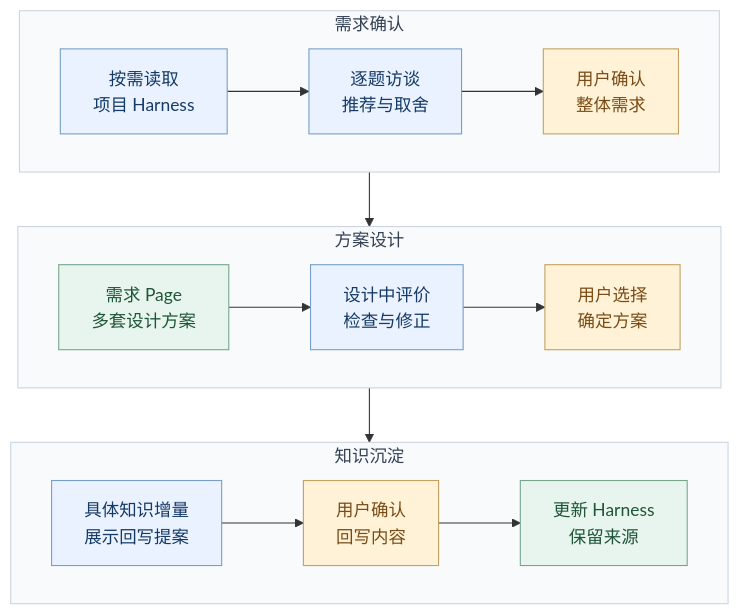
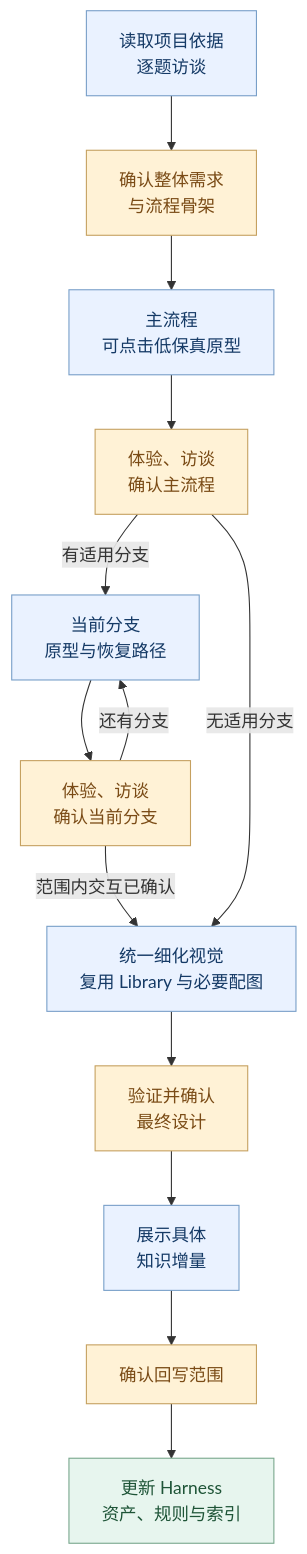
One commit to MinLeeV5/design-harness changed the fourth of 5 diagrams in README.md. Above: the diagram before and after it, drawn with Mermaid. The commit also changed other lines of this file and 44 other files, not shown here.

First line of the commit message:
feat: prioritize main-flow prototypes and Library reuse

````diff
--- a/README.md
+++ b/README.md
@@ -160,38 +170,22 @@
 ```mermaid
 flowchart TB
-    subgraph align["需求确认"]
-        direction LR
-        load["按需读取<br/>项目 Harness"]
-        interview["逐题访谈<br/>推荐与取舍"]
-        agree["用户确认<br/>整体需求"]
-        load --> interview --> agree
-    end
-
-    subgraph create["方案设计"]
-        direction LR
-        alternatives["需求 Page<br/>多套设计方案"]
-        evaluate["设计中评价<br/>检查与修正"]
-        choose["用户选择<br/>确定方案"]
-        alternatives --> evaluate --> choose
-    end
-
-    subgraph learn["知识沉淀"]
-        direction LR
-        changes["具体知识增量<br/>展示回写提案"]
-        accept["用户确认<br/>回写内容"]
-        update["更新 Harness<br/>保留来源"]
-        changes --> accept --> update
-    end
-
-    align --> create --> learn
+    load["读取项目依据<br/>逐题访谈"] --> agree["确认整体需求<br/>与流程骨架"]
+    agree --> main["主流程<br/>可点击低保真原型"]
+    main --> mainOK["体验、访谈<br/>确认主流程"]
+    mainOK -->|有适用分支| branch["当前分支<br/>原型与恢复路径"]
+    branch --> branchOK["体验、访谈<br/>确认当前分支"]
+    branchOK -->|还有分支| branch
+    branchOK -->|范围内交互已确认| visual["统一细化视觉<br/>复用 Library 与必要配图"]
+    mainOK -->|无适用分支| visual
+    visual --> finalOK["验证并确认<br/>最终设计"]
+    finalOK --> delta["展示具体<br/>知识增量"]
+    delta --> approve["确认回写范围"]
+    approve --> harness["更新 Harness<br/>资产、规则与索引"]
 
     classDef action fill:#EAF2FF,stroke:#779EC8,color:#153A66
     classDef human fill:#FFF2D6,stroke:#C5A05F,color:#7A4B16
     classDef asset fill:#E7F5EE,stroke:#77A68C,color:#1E5437
-    class load,interview,evaluate,changes action
-    class agree,choose,accept human
-    class alternatives,update asset
-    style align fill:#F8FAFC,stroke:#CBD5E1,color:#334155
-    style create fill:#F8FAFC,stroke:#CBD5E1,color:#334155
-    style learn fill:#F8FAFC,stroke:#CBD5E1,color:#334155
+    class load,main,branch,visual,delta action
+    class agree,mainOK,branchOK,finalOK,approve human
+    class harness asset
 ```
````
